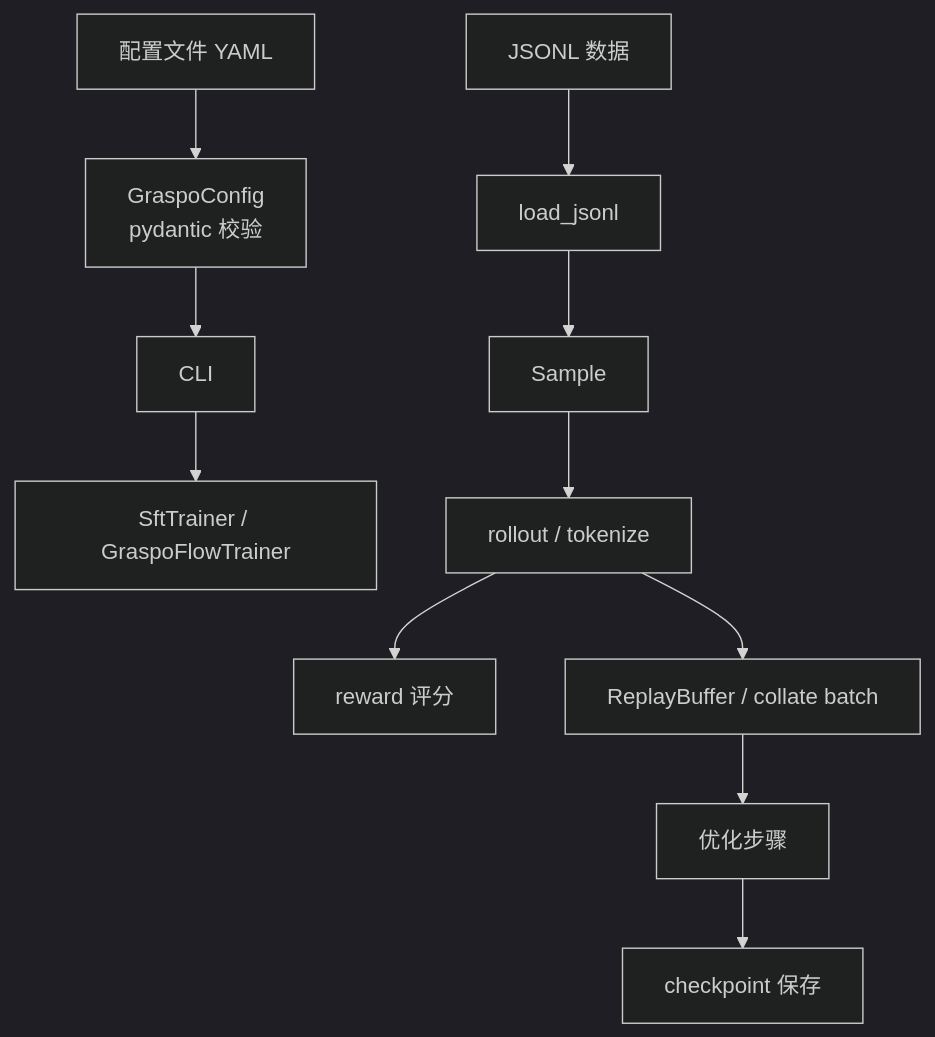
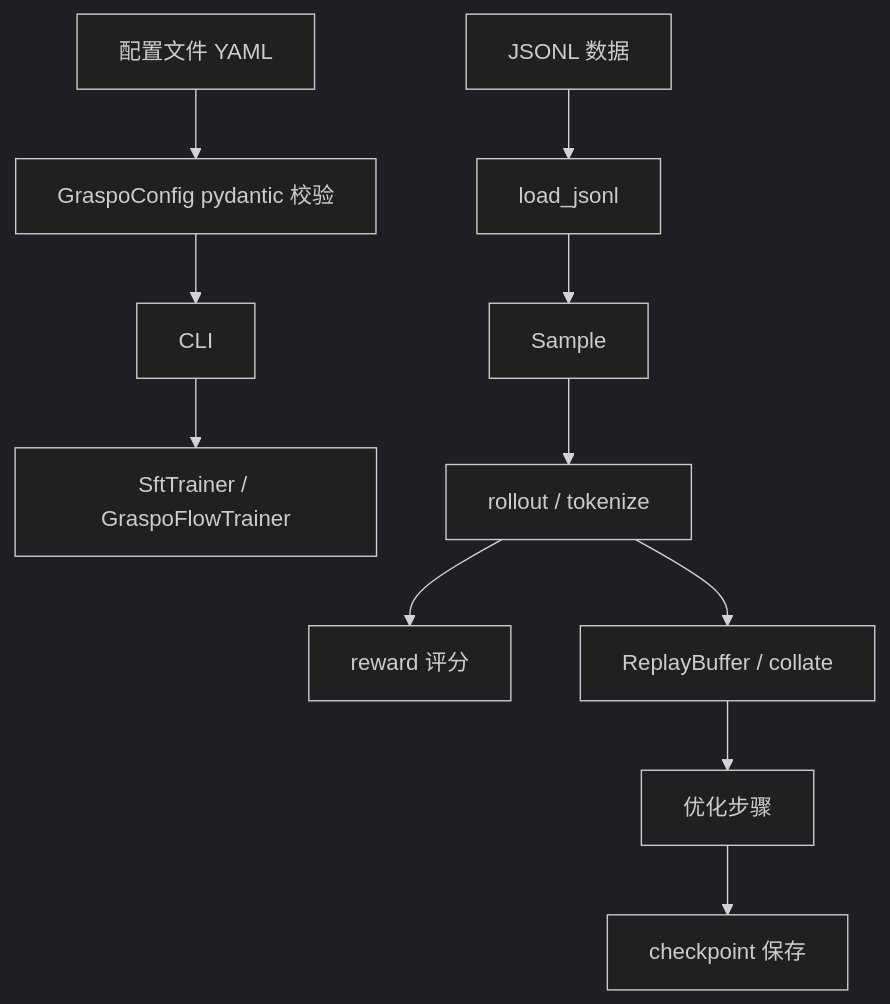
Before and after one commit to godthrone/graspo: the second of 3 diagrams in docs/architecture.md, drawn with Mermaid (dark theme). The commit also changed other lines of this file and 7 other files, not shown here.

First line of the commit message:
docs: restructure to 3-file architecture docs aligned with code architecture

````diff
--- a/docs/architecture.md
+++ b/docs/architecture.md
@@ -146,9 +61,9 @@
 ```mermaid
 flowchart TD
-    CFG["配置文件 YAML"] --> SCHEMA["GraspoConfig<br/>pydantic 校验"] --> CLI["CLI"]
+    CFG["配置文件 YAML"] --> SCHEMA["GraspoConfig pydantic 校验"] --> CLI["CLI"]
     CLI --> TRAINER["SftTrainer / GraspoFlowTrainer"]
     DATA["JSONL 数据"] --> LOAD["load_jsonl"] --> SAMPLE["Sample"]
     SAMPLE --> RLO["rollout / tokenize"] --> REW["reward 评分"]
-    RLO --> BUF["ReplayBuffer / collate batch"] --> OPT["优化步骤"]
+    RLO --> BUF["ReplayBuffer / collate"] --> OPT["优化步骤"]
     OPT --> CKPT["checkpoint 保存"]
 ```
````
